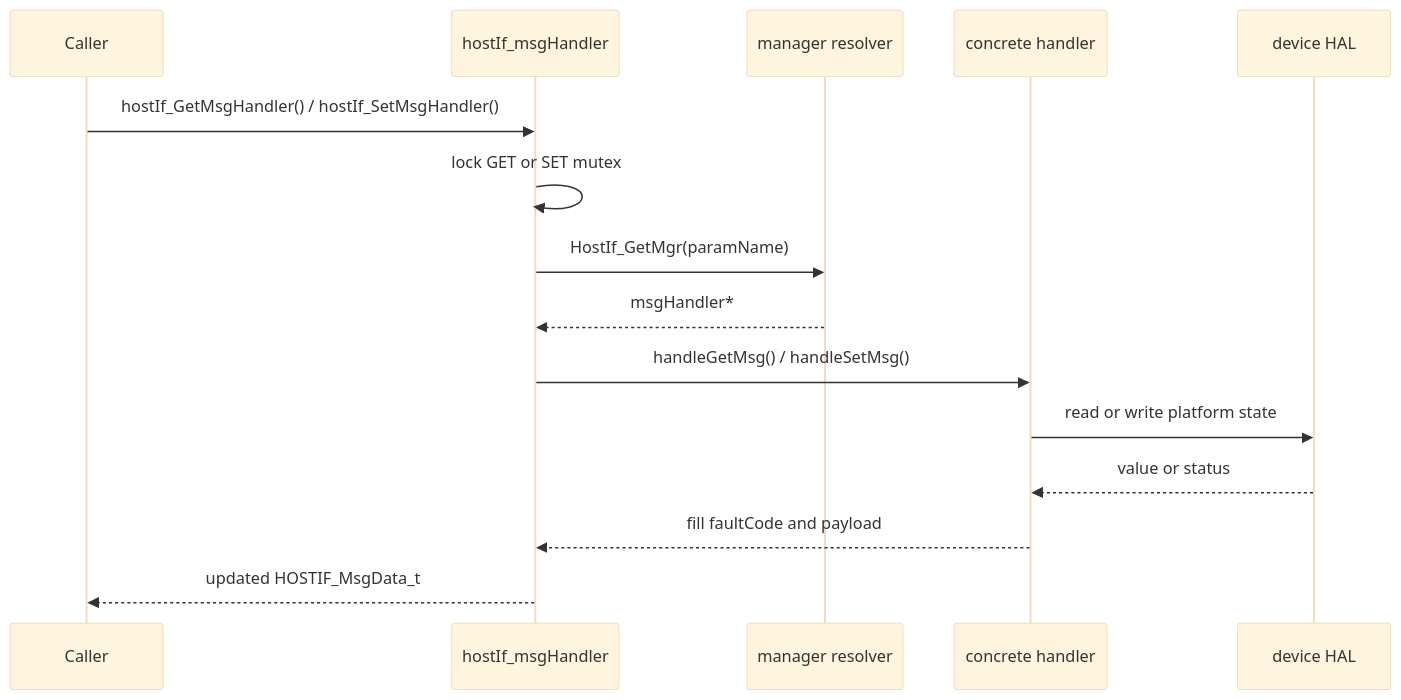
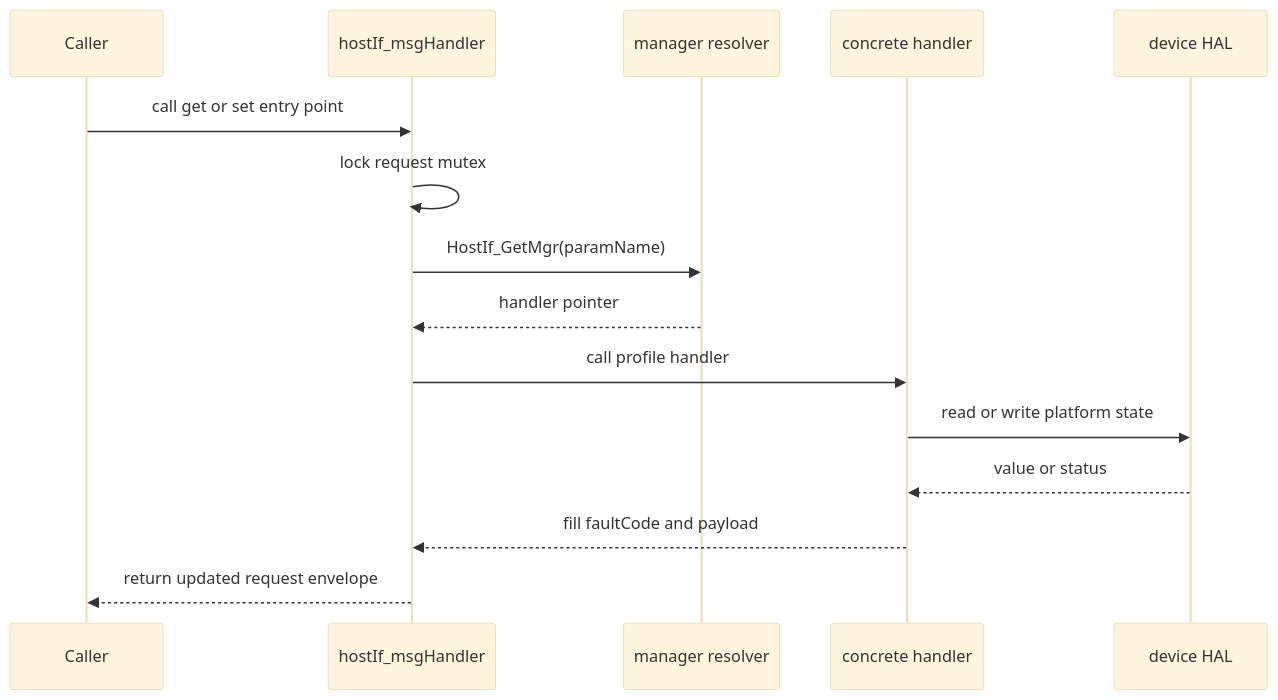
Before and after one commit to rdkcentral/tr69hostif: the second of 3 diagrams in docs/architecture/data-flow.md, drawn with Mermaid (base theme). The commit also changed other lines of this file, not shown here.

Commit message:
Fix rendering issue in data-flow.md

````diff
--- a/docs/architecture/data-flow.md
+++ b/docs/architecture/data-flow.md
@@ -51,18 +51,18 @@
 ```mermaid
 sequenceDiagram
     participant SRC as Caller
     participant DISP as hostIf_msgHandler
     participant MGR as manager resolver
     participant PROF as concrete handler
     participant HAL as device HAL
 
-    SRC->>DISP: hostIf_GetMsgHandler() / hostIf_SetMsgHandler()
-    DISP->>DISP: lock GET or SET mutex
+    SRC->>DISP: call get or set entry point
+    DISP->>DISP: lock request mutex
     DISP->>MGR: HostIf_GetMgr(paramName)
-    MGR-->>DISP: msgHandler*
-    DISP->>PROF: handleGetMsg() / handleSetMsg()
+    MGR-->>DISP: handler pointer
+    DISP->>PROF: call profile handler
     PROF->>HAL: read or write platform state
     HAL-->>PROF: value or status
     PROF-->>DISP: fill faultCode and payload
-    DISP-->>SRC: updated HOSTIF_MsgData_t
+    DISP-->>SRC: return updated request envelope
 ```
````
